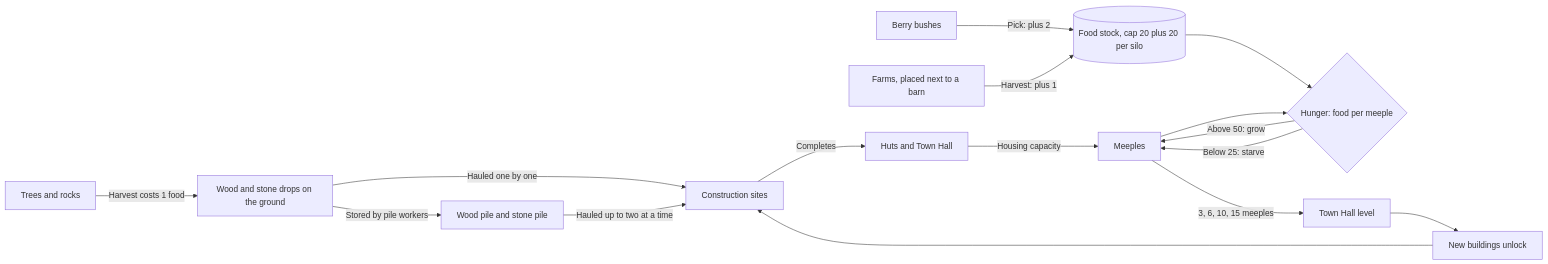
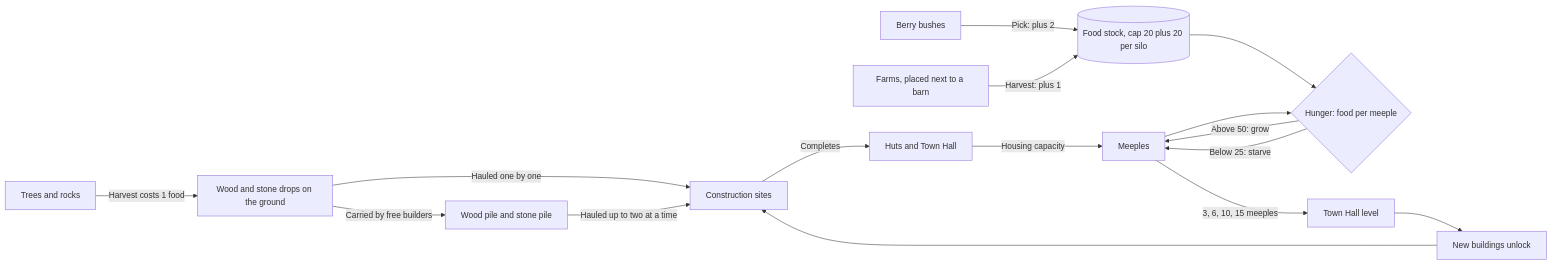
The second of 11 diagrams in docs/architecture.md (Liam-M-Mays/game-jam-2026), drawn with Mermaid before and after one commit. The commit also changed other lines of this file and 8 other files, not shown here.

First line of the commit message:
Free builders carry loose drops to the piles again, and the piles have no worker slots

````diff
--- a/docs/architecture.md
+++ b/docs/architecture.md
@@ -100,31 +100,31 @@
 ```mermaid
 flowchart LR
     tree["Trees and rocks"]
     bush["Berry bushes"]
     farm["Farms, placed next to a barn"]
     drops["Wood and stone drops on the ground"]
     piles["Wood pile and stone pile"]
     site["Construction sites"]
     huts["Huts and Town Hall"]
     food[("Food stock, cap 20 plus 20 per silo")]
     hunger{"Hunger: food per meeple"}
     meeples["Meeples"]
     hall["Town Hall level"]
     unlocks["New buildings unlock"]
 
     tree -->|"Harvest costs 1 food"| drops
     drops -->|"Hauled one by one"| site
-    drops -->|"Stored by pile workers"| piles
+    drops -->|"Carried by free builders"| piles
     piles -->|"Hauled up to two at a time"| site
     site -->|"Completes"| huts
     bush -->|"Pick: plus 2"| food
     farm -->|"Harvest: plus 1"| food
     food --> hunger
     meeples --> hunger
     hunger -->|"Above 50: grow"| meeples
     hunger -->|"Below 25: starve"| meeples
     huts -->|"Housing capacity"| meeples
     meeples -->|"3, 6, 10, 15 meeples"| hall
     hall --> unlocks
     unlocks --> site
 ```
````
